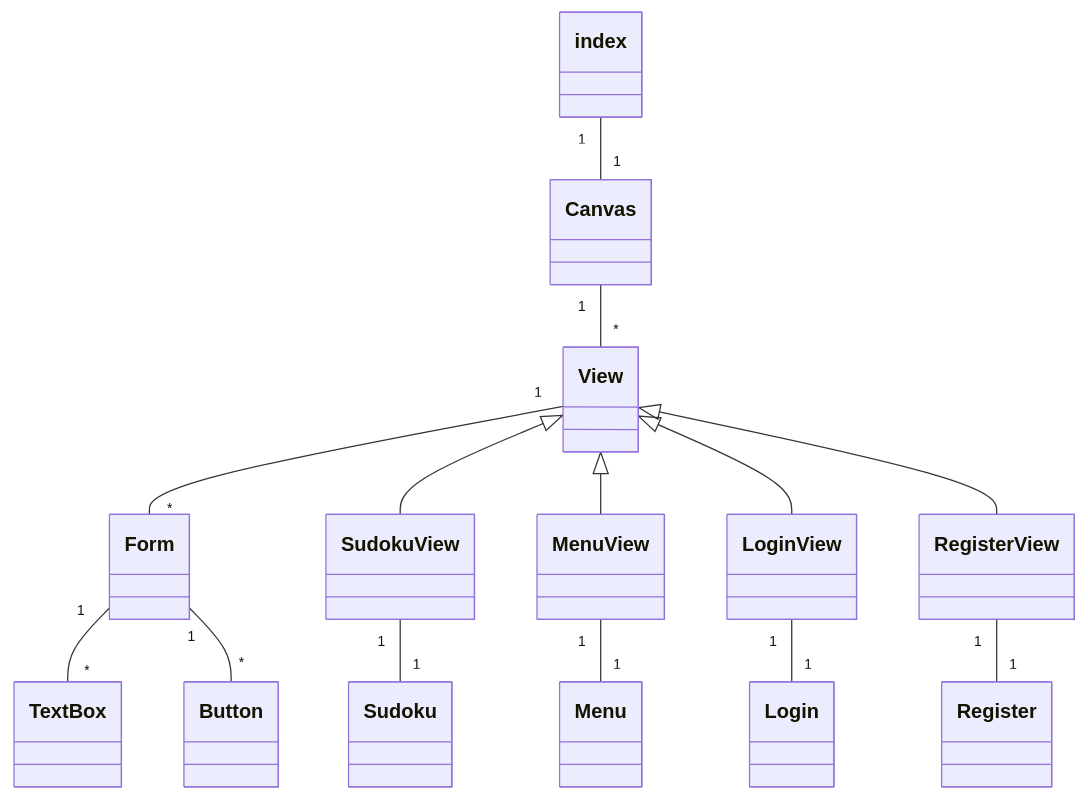
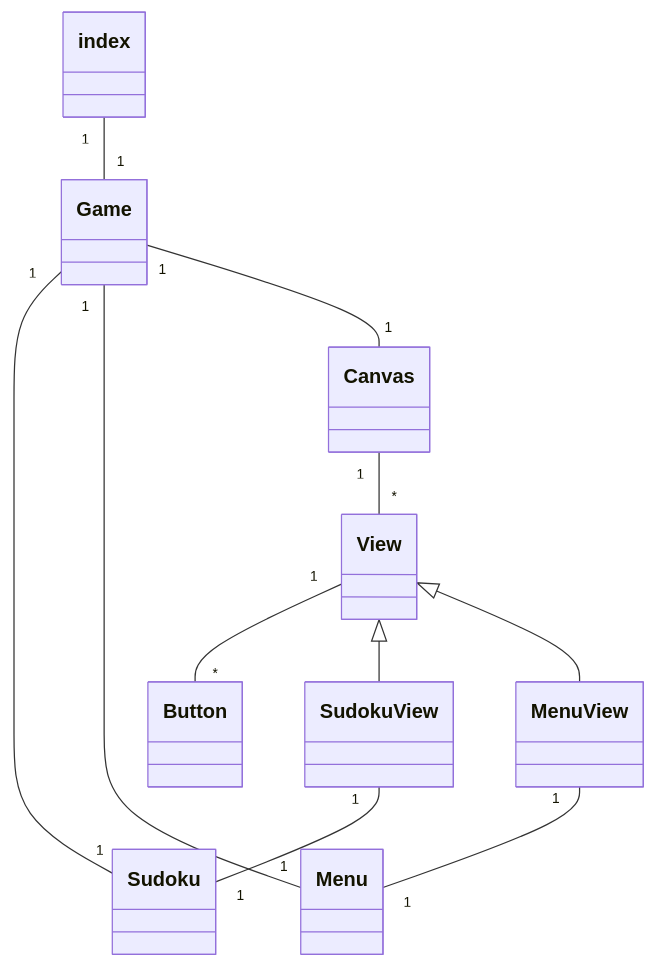
The diagram in harjoitustyö/dokumentaatio/arkkitehtuuri.md (ronituohino/ohte-harjoitustyo), drawn with Mermaid before and after one commit. The commit also changed 11 other files, not shown here.

First line of the commit message:
Refactor Game from index.py

````diff
--- a/harjoitustyö/dokumentaatio/arkkitehtuuri.md
+++ b/harjoitustyö/dokumentaatio/arkkitehtuuri.md
@@ -3,33 +3,24 @@
 ```mermaid
 classDiagram
-index "1" -- "1" Canvas
+index "1" -- "1" Game
+Game "1" -- "1" Sudoku
+Game "1" -- "1" Menu
+Game "1" -- "1" Canvas
 Canvas "1" -- "*" View
-View "1" -- "*" Form
-Form "1" -- "*" TextBox
-Form "1" -- "*" Button
+View "1" -- "*" Button
 View <|-- SudokuView
-View <|-- MenuView
-View <|-- LoginView
-View <|-- RegisterView
 SudokuView "1" -- "1" Sudoku
 MenuView "1" -- "1" Menu
-LoginView "1" -- "1" Login
-RegisterView "1" -- "1" Register
+View <|-- MenuView
 
 class index { }
+class Game { }
 class Canvas { }
 class Button { }
-class TextBox { }
-class Form { }
 class View { }
 
 class SudokuView { }
 class MenuView { }
-class LoginView { }
-class RegisterView { }
-
 class Sudoku { }
 class Menu { }
-class Login { }
-class Register { }
 ```
````
